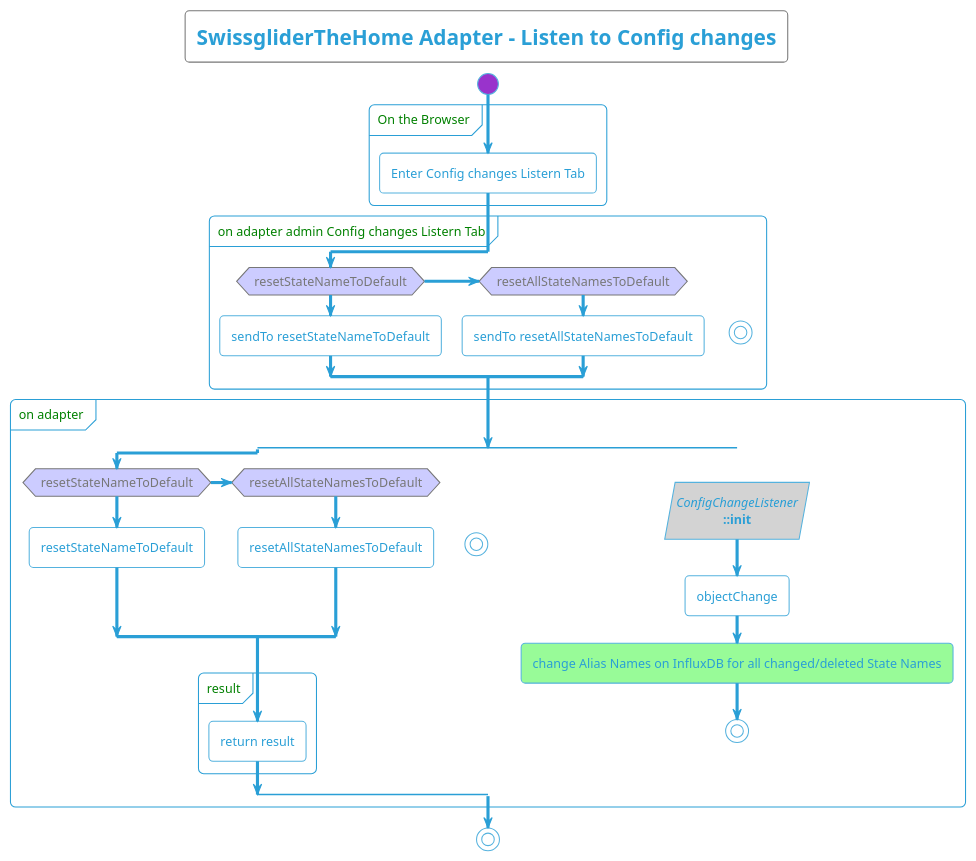
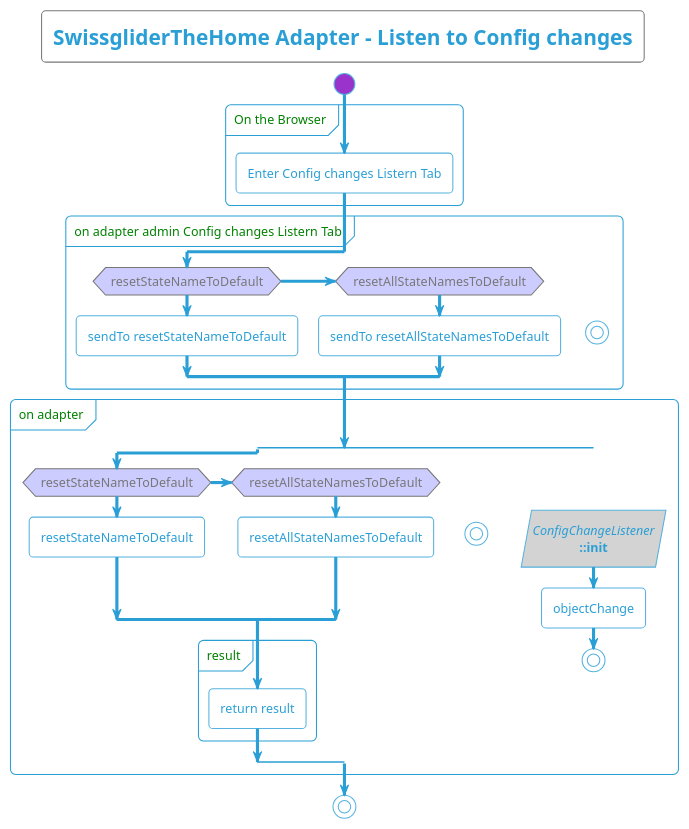
Before and after one commit to swissglider/iobroker.thehome: the diagram in docu/plantuml/server/SwissgliderTheHome - Activity Diagram - Listen to Config changes.iuml, drawn with PlantUML. The commit also changed 42 other files, not shown here.

```diff
--- a/docu/plantuml/server/SwissgliderTheHome - Activity Diagram - Listen to Config changes.iuml
+++ b/docu/plantuml/server/SwissgliderTheHome - Activity Diagram - Listen to Config changes.iuml
@@ -1,62 +1,61 @@
 @startuml
 !theme cyborg-outline
 skinparam defaultTextAlignment center
 
 <style>
     diamond {
         BackgroundColor #ccf
     }
     partition {
         FontColor green
         RoundCorner 10
     }
   arrow {
     FontColor black
     FontName arial
   }
 </style>
 
 title
     SwissgliderTheHome Adapter - Listen to Config changes
 end title
 
 start
 partition "On the Browser" {
     :Enter Config changes Listern Tab;
 }
 partition "on adapter admin Config changes Listern Tab" {
     if (resetStateNameToDefault)
         :sendTo resetStateNameToDefault;
     elseif (resetAllStateNamesToDefault)
         :sendTo resetAllStateNamesToDefault;
     else ()
     -[hidden]->
         stop
     endif
 }
 partition "on adapter" {
     split
         if (resetStateNameToDefault)
             :resetStateNameToDefault;
         elseif (resetAllStateNamesToDefault)
             :resetAllStateNamesToDefault;
         else ()
             -[hidden]->
             stop
         endif
         partition "result" {
                 :return result;
             }
     split again
         -[hidden]->
         #LightGray://ConfigChangeListener//
         **::init**/
         :objectChange;
-        #palegreen:change Alias Names on InfluxDB for all changed/deleted State Names;
         stop
     end split
 }
 stop
 
 
 @enduml
```
